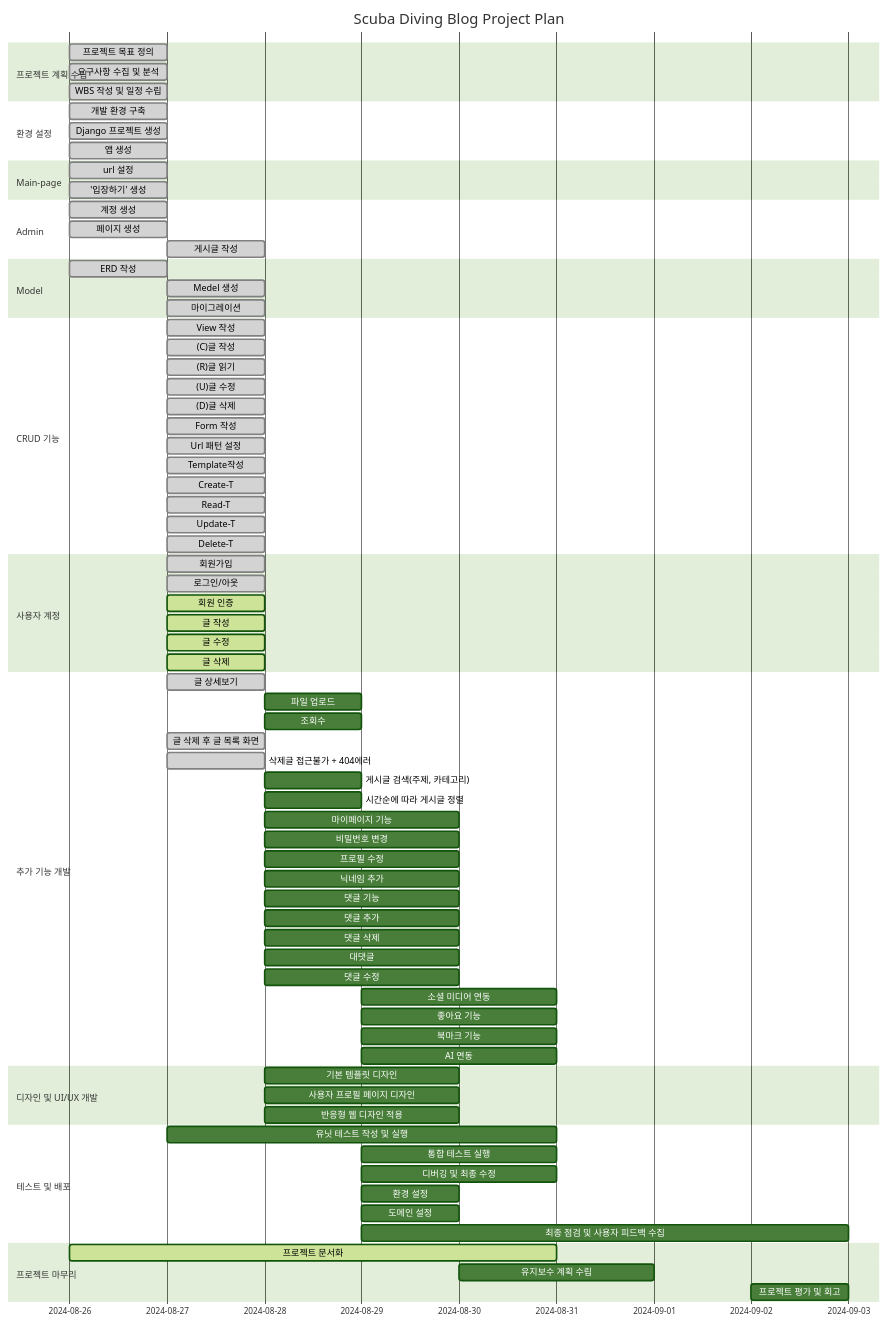
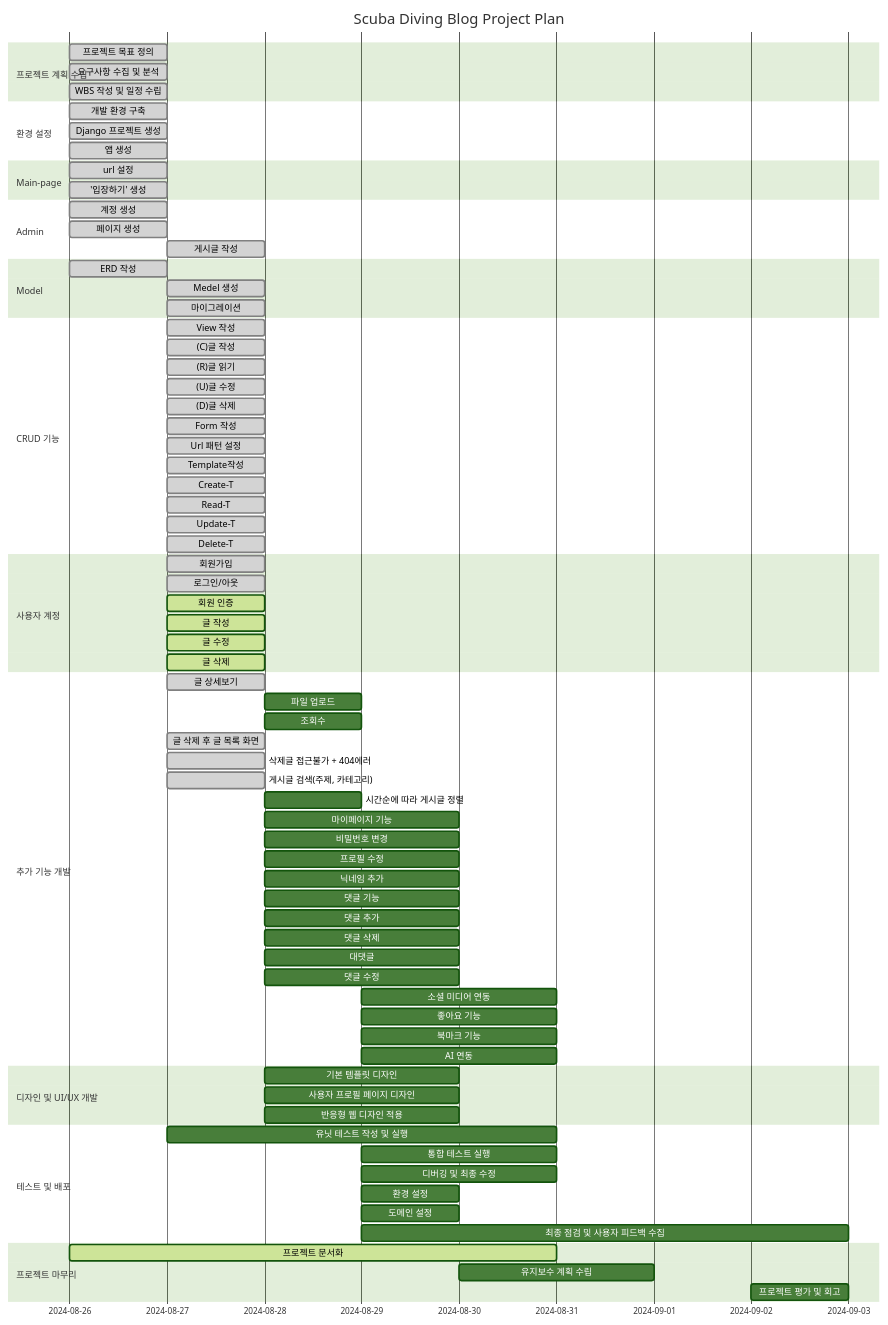
One commit to heeeee-github/travel_blog changed the first of 3 diagrams in README.md. Above: the diagram before and after it, drawn with Mermaid (forest theme). The commit also changed 7 other files, not shown here.

```diff
--- a/README.md
+++ b/README.md
@@ -81,7 +81,7 @@
     조회수                      : g3, 2024-08-28, 1d
     글 삭제 후 글 목록 화면      : done, g4, 2024-08-27, 1d
     삭제글 접근불가 + 404에러   : done, g5, 2024-08-27, 1d
-    게시글 검색(주제, 카테고리)   : g6, 2024-08-28, 1d
+    게시글 검색(주제, 카테고리)   : done, g6, 2024-08-27, 1d
     시간순에 따라 게시글 정렬   : g7, 2024-08-28, 1d
     마이페이지 기능                   : g8, 2024-08-28, 2d
     비밀번호 변경                    : g8-1, 2024-08-28, 2d
@@ -96,7 +96,6 @@
     좋아요 기능                    : g11, 2024-08-29, 2d
     북마크 기능                    : g12, 2024-08-29, 2d
     AI 연동                       : g13, 2024-08-29, 2d
-
 
     section 디자인 및 UI/UX 개발
     기본 템플릿 디자인                       : h1, 2024-08-28, 2d
```
